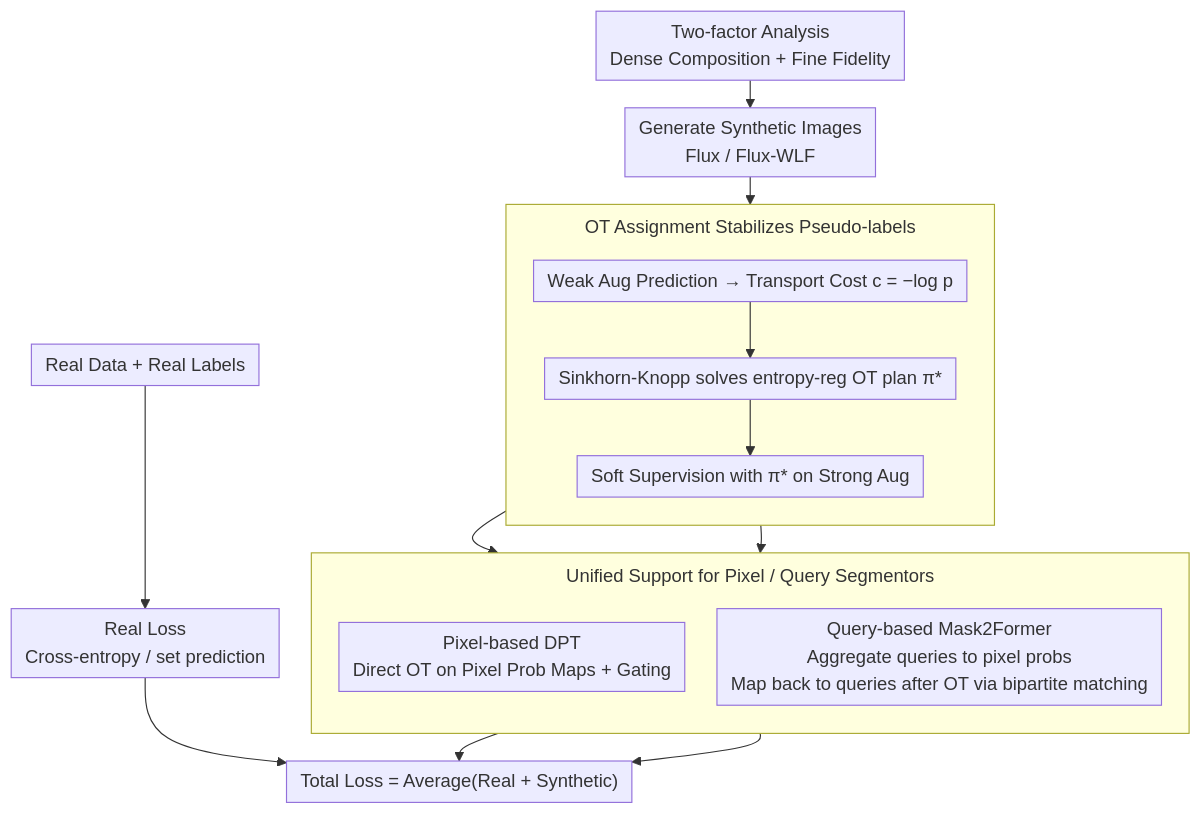
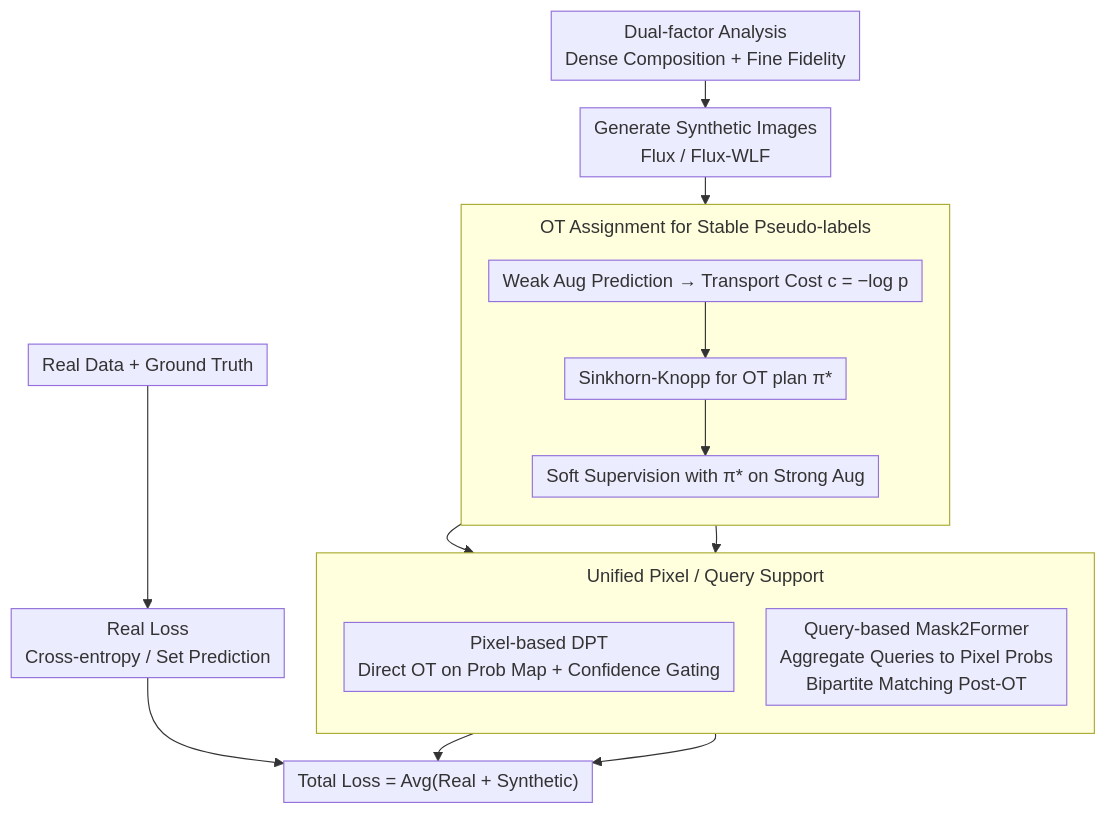
One commit to zhaoyang97/Paper-Notes-en changed the diagram in docs/ICML2026/segmentation/what_makes_synthetic_data_effective_in_image_segmentation.md. Above: the diagram before and after it, drawn with Mermaid. The commit also changed other lines of this file and 5084 other files, not shown here.

````diff
--- a/docs/ICML2026/segmentation/what_makes_synthetic_data_effective_in_image_segmentation.md
+++ b/docs/ICML2026/segmentation/what_makes_synthetic_data_effective_in_image_segmentation.md
@@ -43,22 +43,22 @@
 ```mermaid
 %%{init: {'flowchart': {'rankSpacing': 24, 'nodeSpacing': 28, 'padding': 6, 'wrappingWidth': 400, 'subGraphTitleMargin': {'top': 8, 'bottom': 16}}}}%%
 flowchart TD
-    A["Two-factor Analysis<br/>Dense Composition + Fine Fidelity"] --> B["Generate Synthetic Images<br/>Flux / Flux-WLF"]
-    R["Real Data + Real Labels"] --> RL["Real Loss<br/>Cross-entropy / set prediction"]
-    subgraph OT["OT Assignment Stabilizes Pseudo-labels"]
+    A["Dual-factor Analysis<br/>Dense Composition + Fine Fidelity"] --> B["Generate Synthetic Images<br/>Flux / Flux-WLF"]
+    R["Real Data + Ground Truth"] --> RL["Real Loss<br/>Cross-entropy / Set Prediction"]
+    subgraph OT["OT Assignment for Stable Pseudo-labels"]
         direction TB
-        W["Weak Aug Prediction → Transport Cost c = −log p"] --> S["Sinkhorn-Knopp solves entropy-reg OT plan π*"]
+        W["Weak Aug Prediction → Transport Cost c = −log p"] --> S["Sinkhorn-Knopp for OT plan π*"]
         S --> SUP["Soft Supervision with π* on Strong Aug"]
     end
     B --> W
-    subgraph UNI["Unified Support for Pixel / Query Segmentors"]
+    subgraph UNI["Unified Pixel / Query Support"]
         direction TB
-        P["Pixel-based DPT<br/>Direct OT on Pixel Prob Maps + Gating"]
-        QB["Query-based Mask2Former<br/>Aggregate queries to pixel probs<br/>Map back to queries after OT via bipartite matching"]
+        P["Pixel-based DPT<br/>Direct OT on Prob Map + Confidence Gating"]
+        QB["Query-based Mask2Former<br/>Aggregate Queries to Pixel Probs<br/>Bipartite Matching Post-OT"]
     end
     SUP --> P
     SUP --> QB
-    P --> TOT["Total Loss = Average(Real + Synthetic)"]
+    P --> TOT["Total Loss = Avg(Real + Synthetic)"]
     QB --> TOT
     RL --> TOT
 ```
````
